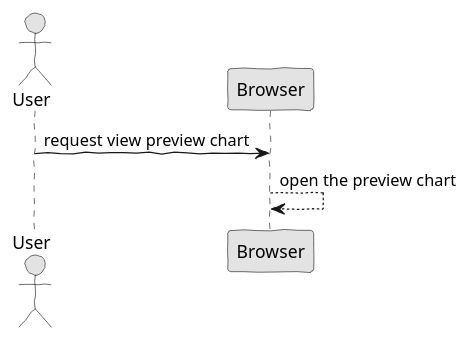
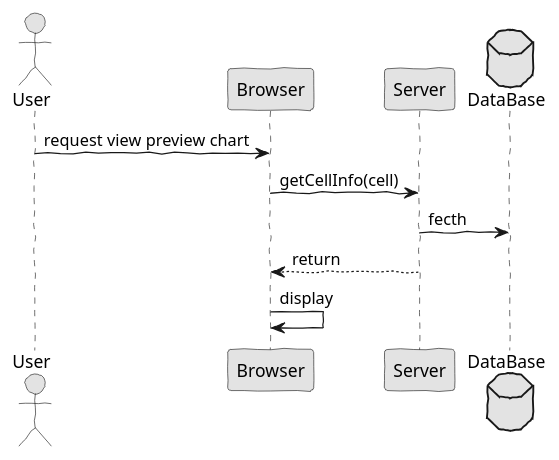
The diagram in docs/red/1160630/sp1/analysis2.puml (Fuel4us/EventManagingApp), drawn with PlantUML before and after one commit. The commit also changed 2 other files, not shown here.

```diff
--- a/docs/red/1160630/sp1/analysis2.puml
+++ b/docs/red/1160630/sp1/analysis2.puml
@@ -1,14 +1,18 @@
 @startuml  analysis2.png
 skinparam handwritten true
 skinparam monochrome true
 skinparam packageStyle rect
 skinparam defaultFontName FG Virgil
 skinparam shadowing false
 
 actor User
 
 User -> Browser : request view preview chart
-Browser --> Browser : open the preview chart
+Browser -> Server : getCellInfo(cell)
+database DataBase
+Server -> DataBase: fecth
+Server --> Browser : return
+Browser -> Browser : display
 
 
 @enduml
```
